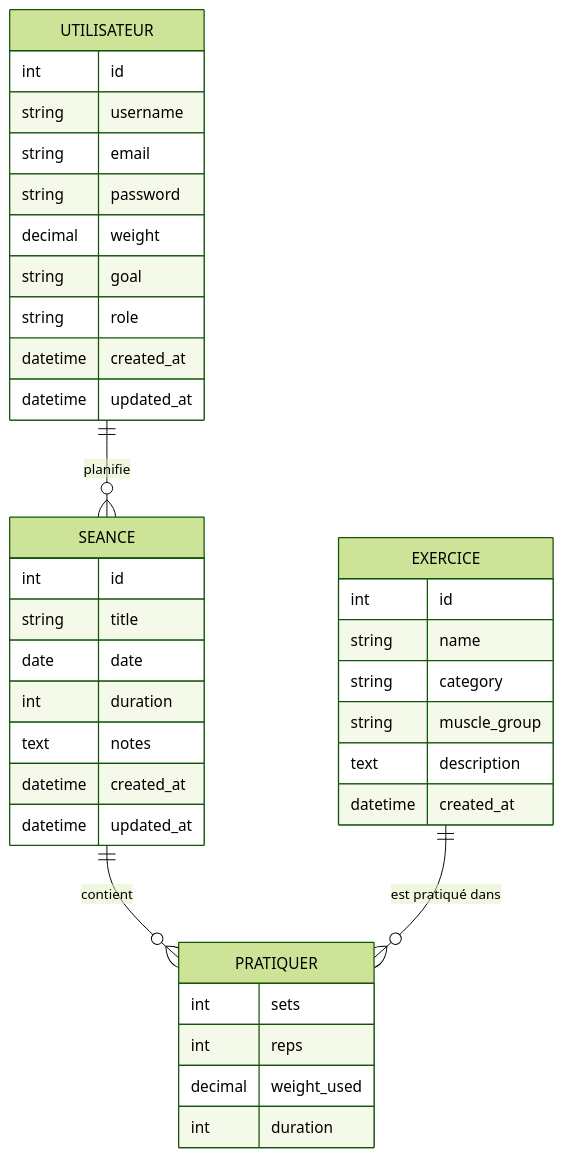
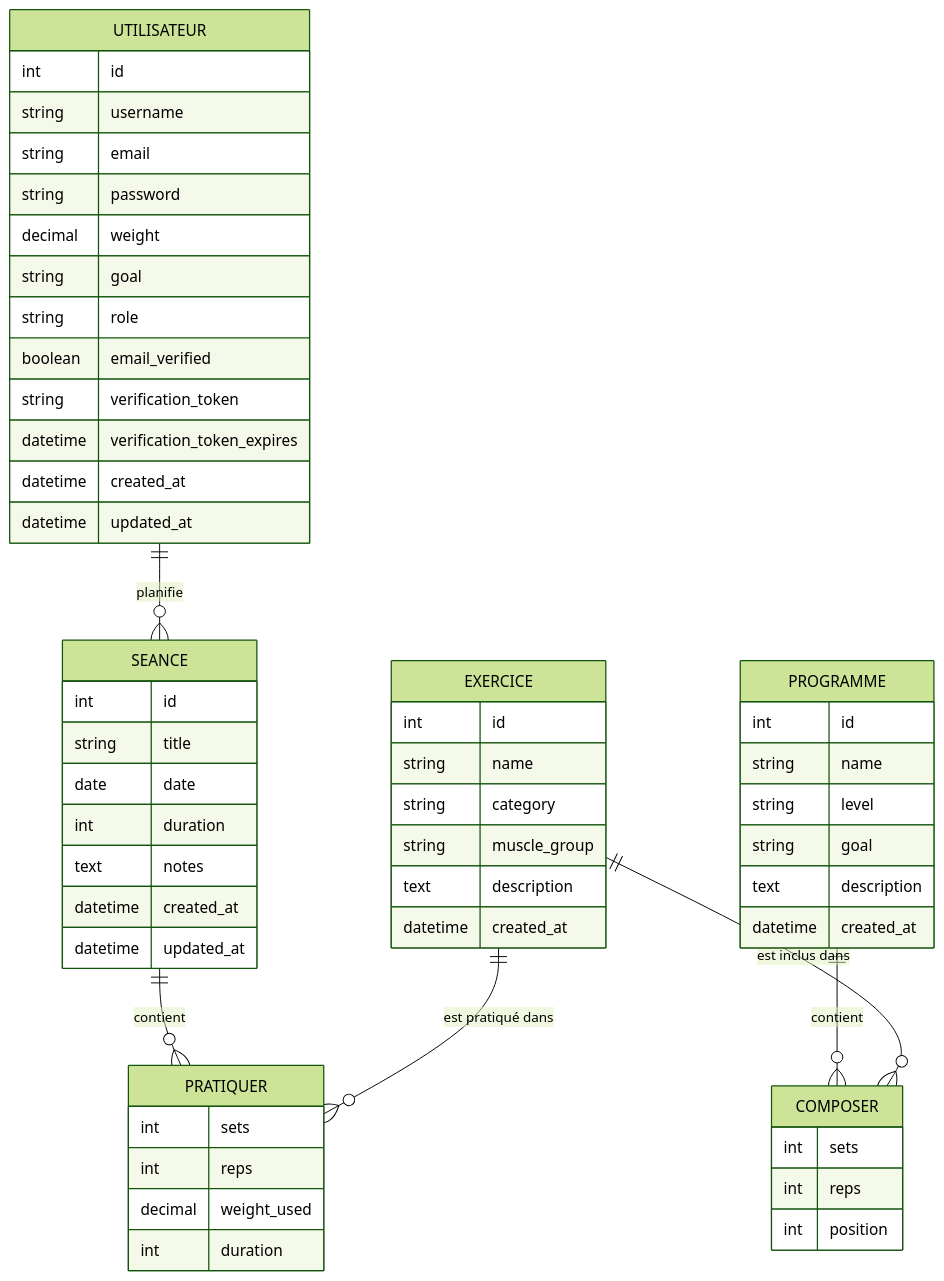
One commit to lea-santosfranco/FitTrack changed the diagram in docs/mcd-mld-merise.md. Above: the diagram before and after it, drawn with Mermaid (forest theme). The commit also changed other lines of this file and 43 other files, not shown here.

````diff
--- a/docs/mcd-mld-merise.md
+++ b/docs/mcd-mld-merise.md
@@ -5,44 +5,64 @@
 ```mermaid
 erDiagram
   UTILISATEUR {
     int id
     string username
     string email
     string password
     decimal weight
     string goal
     string role
+    boolean email_verified
+    string verification_token
+    datetime verification_token_expires
     datetime created_at
     datetime updated_at
   }
 
   EXERCICE {
     int id
     string name
     string category
     string muscle_group
     text description
     datetime created_at
   }
 
   SEANCE {
     int id
     string title
     date date
     int duration
     text notes
     datetime created_at
     datetime updated_at
   }
 
   PRATIQUER {
     int sets
     int reps
     decimal weight_used
     int duration
   }
 
+  PROGRAMME {
+    int id
+    string name
+    string level
+    string goal
+    text description
+    datetime created_at
+  }
+
+  COMPOSER {
+    int sets
+    int reps
+    int position
+  }
+
   UTILISATEUR ||--o{ SEANCE : "planifie"
   SEANCE ||--o{ PRATIQUER : "contient"
   EXERCICE ||--o{ PRATIQUER : "est pratiqué dans"
+  PROGRAMME ||--o{ COMPOSER : "contient"
+  EXERCICE ||--o{ COMPOSER : "est inclus dans"
 ```
````
